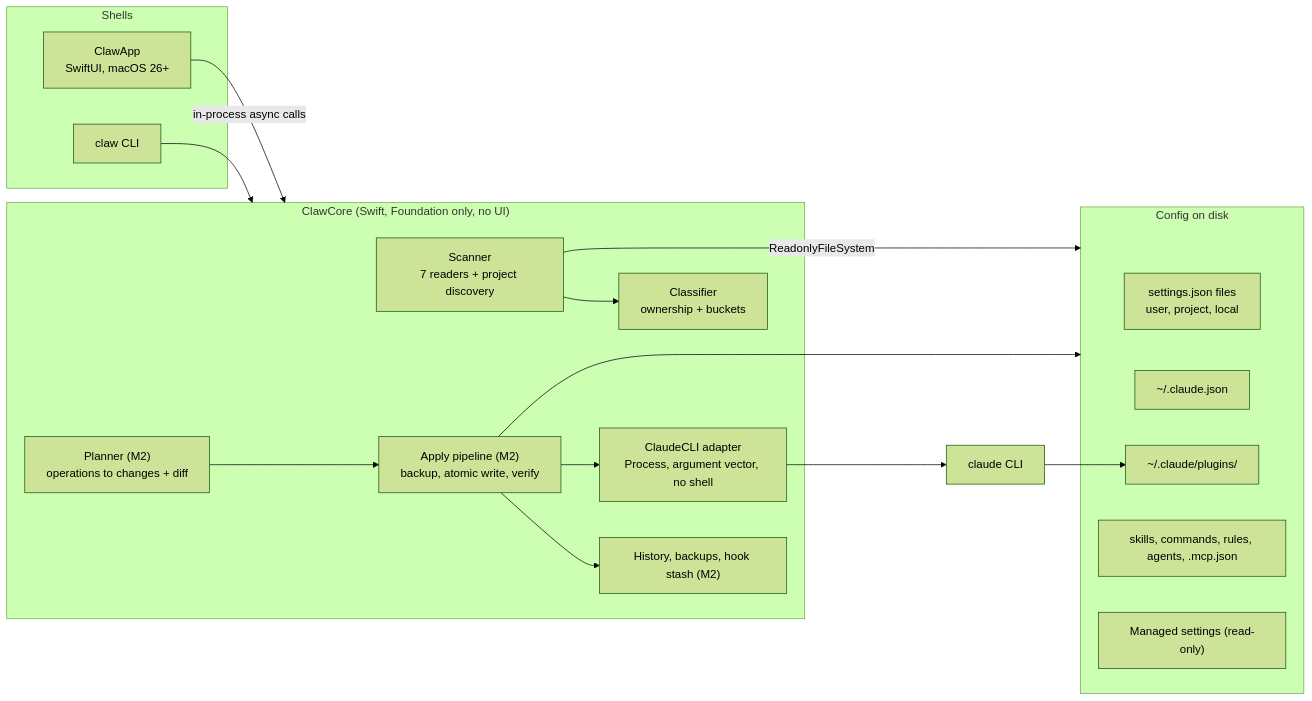
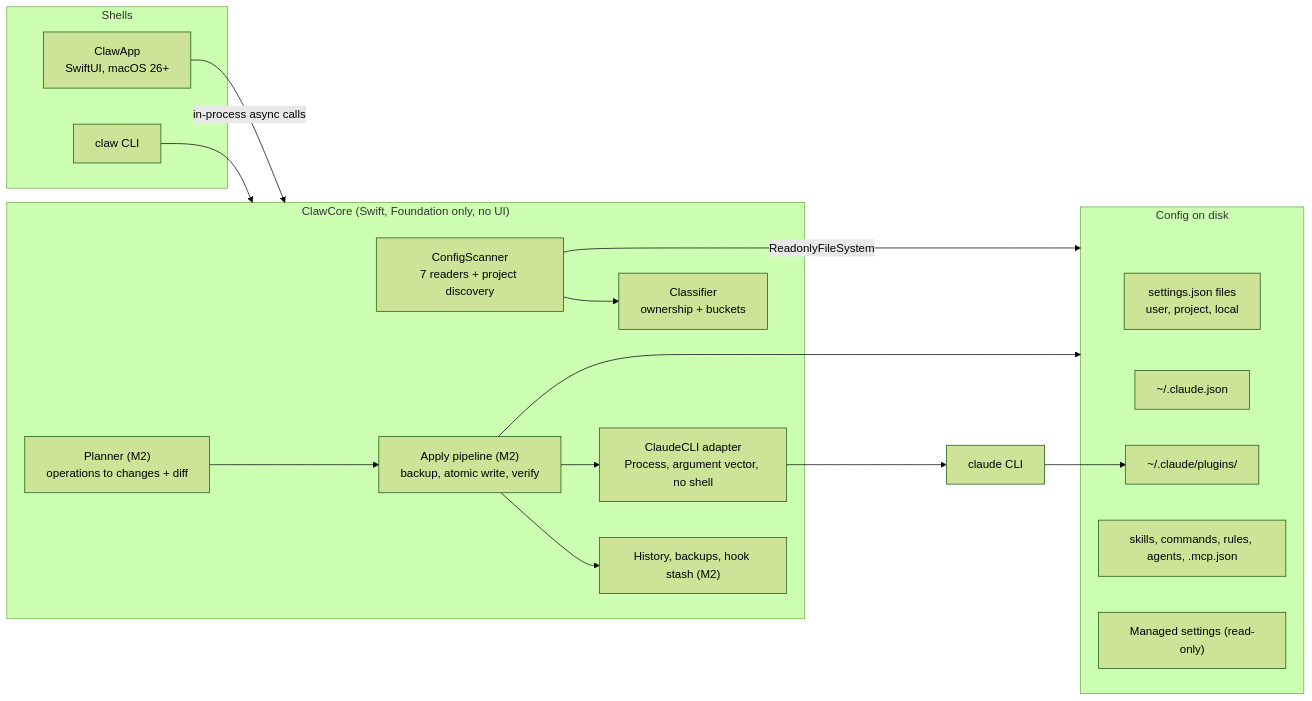
The first of 2 diagrams in docs/TECHNICAL-DESIGN.md (amirtaherkhani/claw), drawn with Mermaid (forest theme) before and after one commit. The commit also changed other lines of this file and 8 other files, not shown here.

````diff
--- a/docs/TECHNICAL-DESIGN.md
+++ b/docs/TECHNICAL-DESIGN.md
@@ -24,33 +24,33 @@
 ```mermaid
 flowchart LR
   subgraph UI["Shells"]
     GUI["ClawApp<br/>SwiftUI, macOS 26+"]
     CLI["claw CLI"]
   end
   subgraph Core["ClawCore (Swift, Foundation only, no UI)"]
-    SCAN["Scanner<br/>7 readers + project discovery"]
+    SCAN["ConfigScanner<br/>7 readers + project discovery"]
     CLASS["Classifier<br/>ownership + buckets"]
     PLAN["Planner (M2)<br/>operations to changes + diff"]
     APPLY["Apply pipeline (M2)<br/>backup, atomic write, verify"]
     HIST["History, backups, hook stash (M2)"]
     CLIAD["ClaudeCLI adapter<br/>Process, argument vector, no shell"]
   end
   subgraph Disk["Config on disk"]
     SET["settings.json files<br/>user, project, local"]
     CJ["~/.claude.json"]
     PLG["~/.claude/plugins/"]
     FILES["skills, commands, rules, agents, .mcp.json"]
     MAN["Managed settings (read-only)"]
   end
   CC["claude CLI"]
   GUI -->|in-process async calls| Core
   CLI --> Core
   SCAN -->|ReadonlyFileSystem| Disk
   SCAN --> CLASS
   CLIAD --> CC
   CC --> PLG
   PLAN --> APPLY
   APPLY --> Disk
   APPLY --> HIST
   APPLY --> CLIAD
 ```
````
